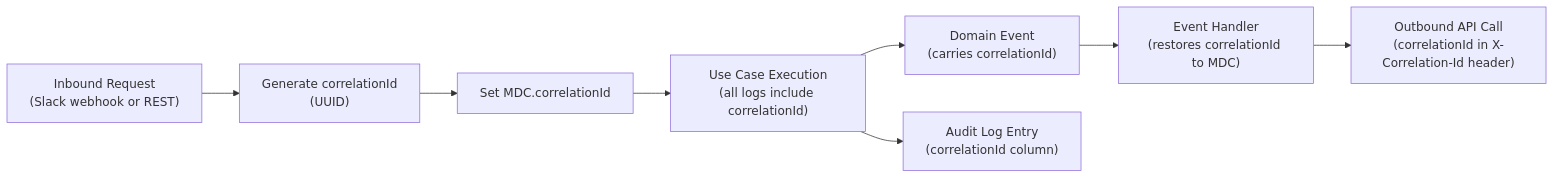
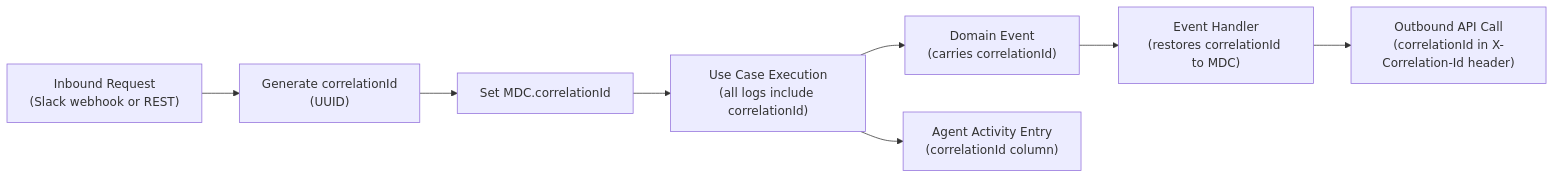
One commit to TanmayZade/CoAgent4U changed the fifth of 6 diagrams in documentation/arcs42/08-cross-cutting-concepts.md. Above: the diagram before and after it, drawn with Mermaid. The commit also changed other lines of this file and 90 other files, not shown here.

Commit message:
refactor: globally rename Audit Log to Agent Activity

````diff
--- a/documentation/arcs42/08-cross-cutting-concepts.md
+++ b/documentation/arcs42/08-cross-cutting-concepts.md
@@ -493,10 +493,10 @@
 ```mermaid
 flowchart LR
     ENTRY["Inbound Request<br/>(Slack webhook or REST)"] --> GEN["Generate correlationId<br/>(UUID)"]
     GEN --> MDC["Set MDC.correlationId"]
     MDC --> UC["Use Case Execution<br/>(all logs include correlationId)"]
     UC --> EVT["Domain Event<br/>(carries correlationId)"]
     EVT --> HANDLER["Event Handler<br/>(restores correlationId to MDC)"]
     HANDLER --> OUTBOUND["Outbound API Call<br/>(correlationId in X-Correlation-Id header)"]
-    UC --> DB["Audit Log Entry<br/>(correlationId column)"]
+    UC --> DB["Agent Activity Entry<br/>(correlationId column)"]
 ```
````
